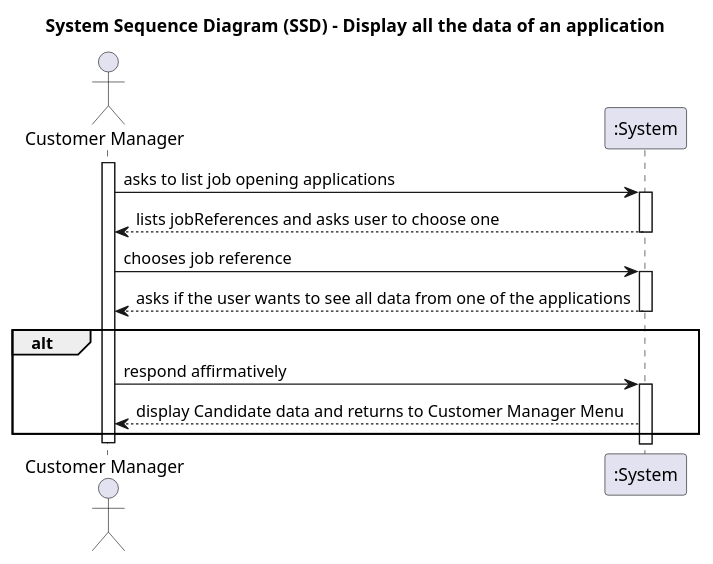
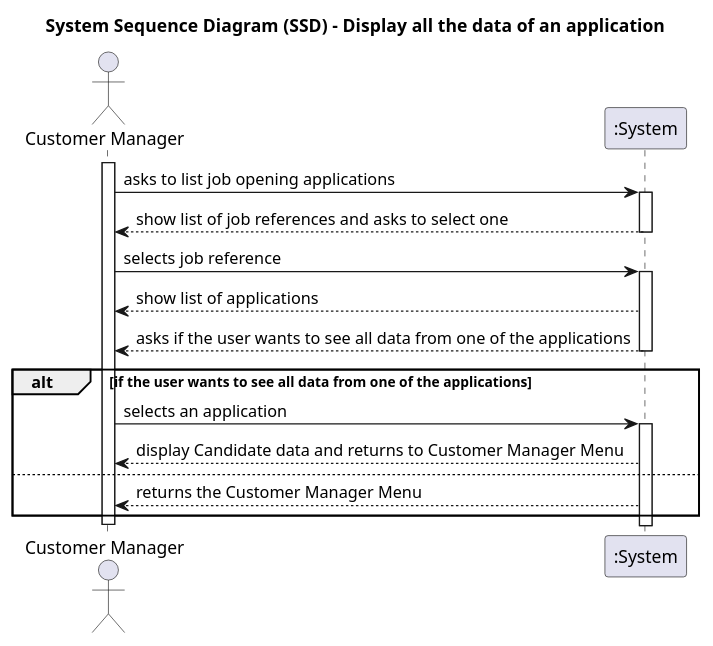
One commit to marcoferreira37/Lapr4 changed the diagram in docs/sprintC/1021/puml/1021-system-sequence-diagram.puml. Above: the diagram before and after it, drawn with PlantUML. The commit also changed 2 other files, not shown here.

```diff
--- a/docs/sprintC/1021/puml/1021-system-sequence-diagram.puml
+++ b/docs/sprintC/1021/puml/1021-system-sequence-diagram.puml
@@ -1,35 +1,41 @@
 @startuml
 'skinparam monochrome true
 'skinparam packageStyle rectangle
 'skinparam shadowing false
 
 title System Sequence Diagram (SSD) -  Display all the data of an application
 
 actor "Customer Manager" as Agent
 participant ":System" as System
 
 activate Agent
 
 Agent -> System : asks to list job opening applications
 activate System
 
-System --> Agent: lists jobReferences and asks user to choose one
+System --> Agent: show list of job references and asks to select one
 deactivate
 
-Agent -> System : chooses job reference
+Agent -> System : selects job reference
 activate System
 
+System --> Agent : show list of applications
 System --> Agent : asks if the user wants to see all data from one of the applications
 deactivate
 
-alt
-Agent -> System : respond affirmatively
+alt if the user wants to see all data from one of the applications
+
+Agent -> System : selects an application
 activate System
 
 System --> Agent : display Candidate data and returns to Customer Manager Menu
+
+else
+System --> Agent :returns the Customer Manager Menu
+
 end
 
 
 deactivate Agent
 
 @enduml
```
